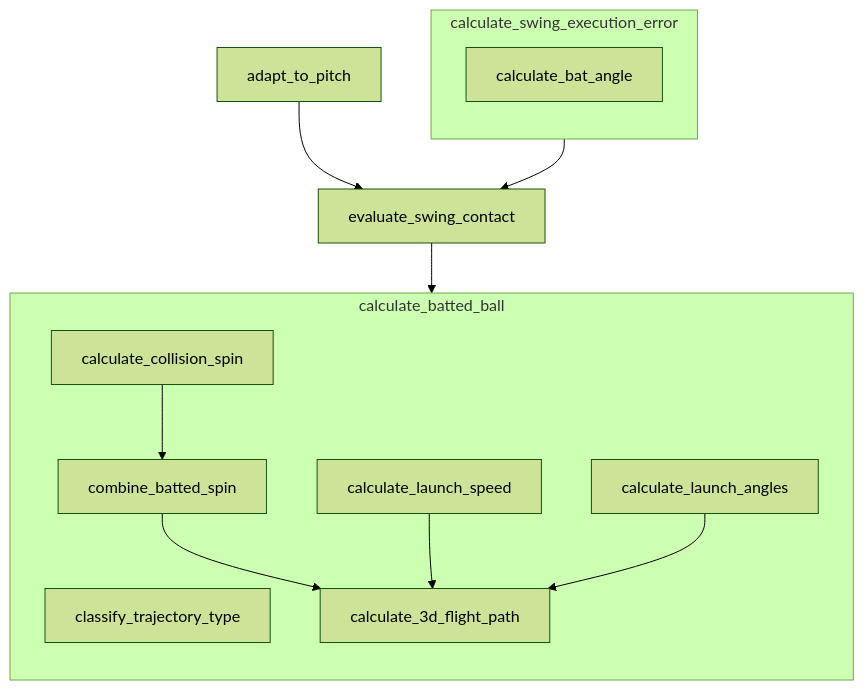
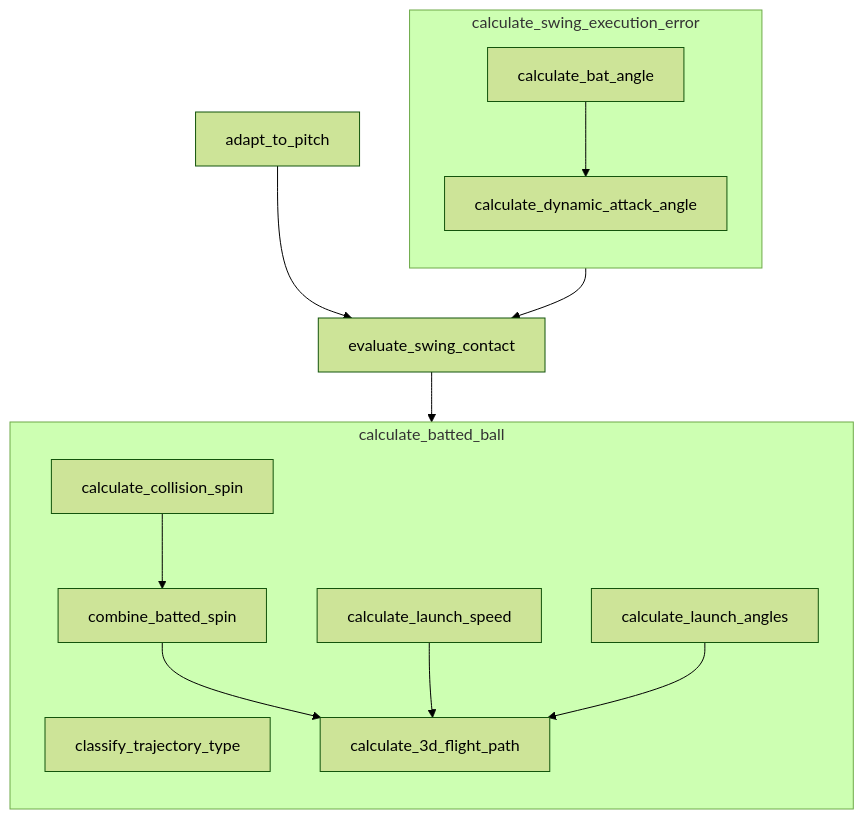
The diagram in docs/mmd/batting_diagram.mmd (torafugu/saberbb), drawn with Mermaid (forest theme) before and after one commit. The commit also changed 4 other files, not shown here.

Commit message:
calculate_dynamic_attack_angle was added.

```diff
--- a/docs/mmd/batting_diagram.mmd
+++ b/docs/mmd/batting_diagram.mmd
@@ -1,16 +1,16 @@
 flowchart TD
     adapt_to_pitch --> evaluate_swing_contact
     calculate_swing_execution_error --> evaluate_swing_contact --> calculate_batted_ball
 
     subgraph calculate_swing_execution_error
         direction TB
-        calculate_bat_angle
+        calculate_bat_angle --> calculate_dynamic_attack_angle
     end
 
     subgraph calculate_batted_ball
         direction TB
         classify_trajectory_type
         calculate_collision_spin --> combine_batted_spin --> calculate_3d_flight_path
         calculate_launch_speed --> calculate_3d_flight_path
         calculate_launch_angles --> calculate_3d_flight_path
     end
```
